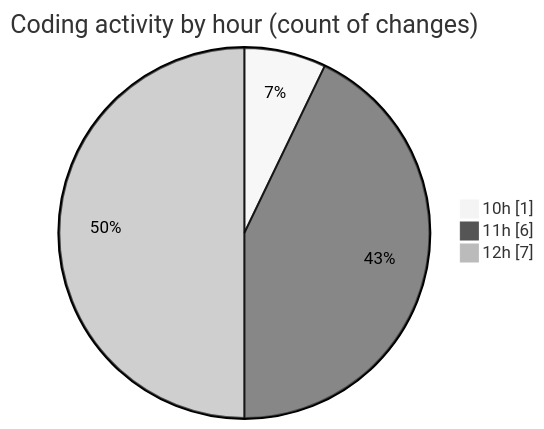
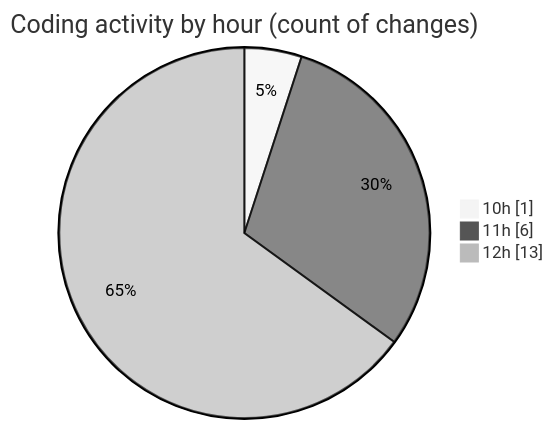
The second of 2 diagrams in 2025-10-08/cda/README.md (momahboobian/code-tracking), drawn with Mermaid (neutral theme) before and after one commit. The commit also changed other lines of this file and 1 other file, not shown here.

````diff
--- a/2025-10-08/cda/README.md
+++ b/2025-10-08/cda/README.md
@@ -35,7 +40,7 @@
 ```mermaid
 pie showData
 title Coding activity by hour (count of changes)
 "10h" : 1
 "11h" : 6
-"12h" : 7
+"12h" : 13
 ```
````
